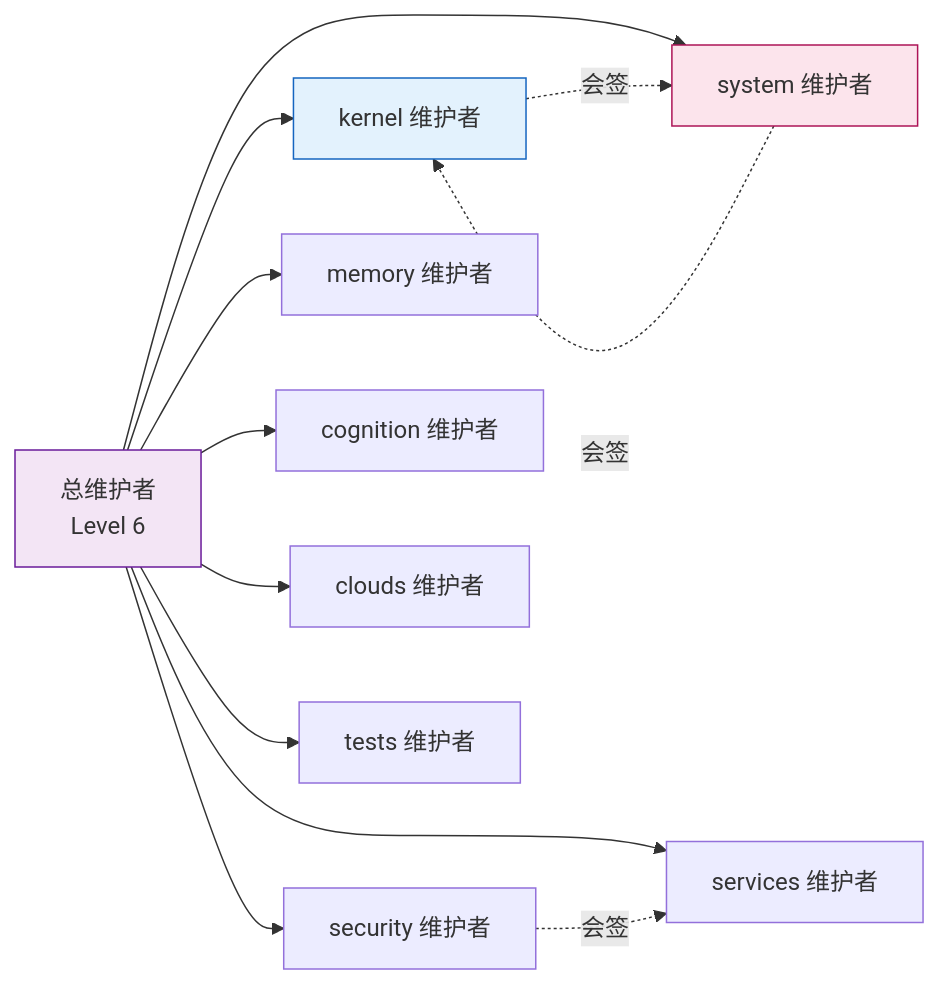
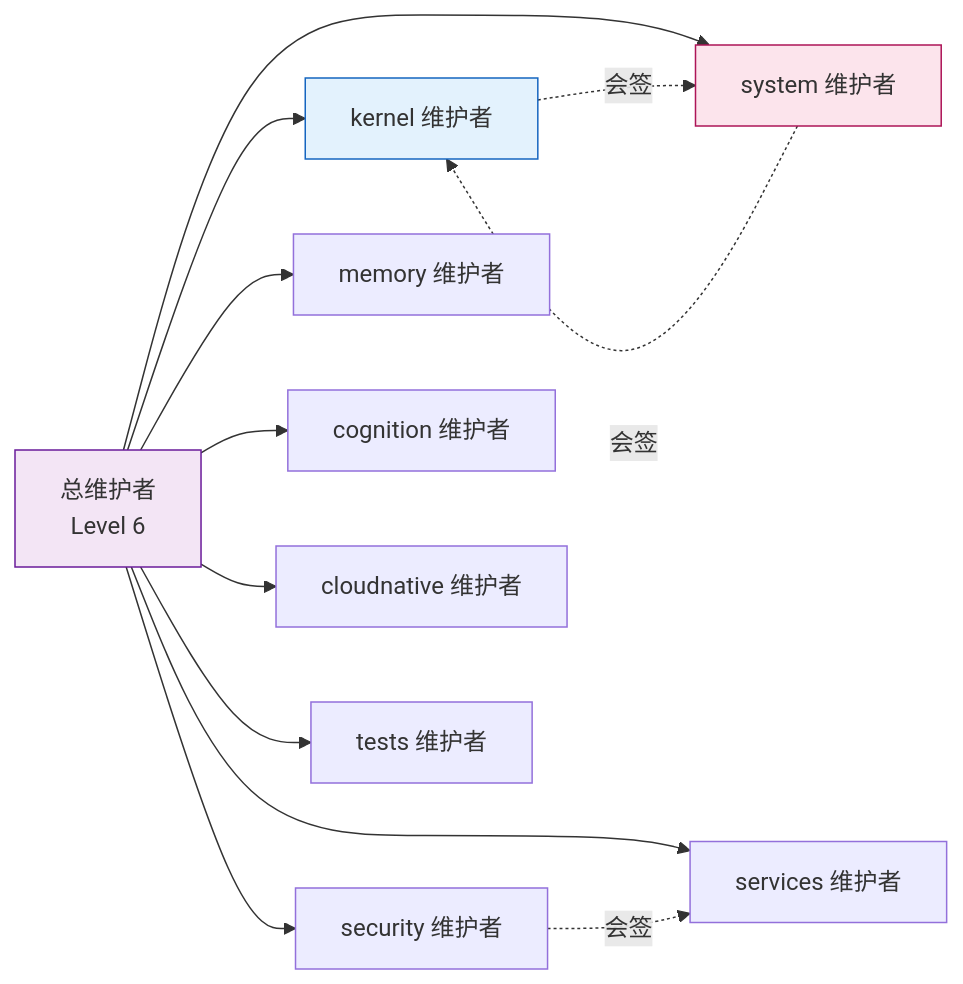
One commit to openairymax/docs changed the second of 3 diagrams in AirymaxOS/120-development-process/02-maintainer-hierarchy.md. Above: the diagram before and after it, drawn with Mermaid. The commit also changed other lines of this file and 75 other files, not shown here.

````diff
--- a/AirymaxOS/120-development-process/02-maintainer-hierarchy.md
+++ b/AirymaxOS/120-development-process/02-maintainer-hierarchy.md
@@ -169,29 +169,29 @@
 ```mermaid
 flowchart LR
     CM[总维护者<br/>Level 6]
     K[kernel 维护者]
     SY[system 维护者]
     SE[security 维护者]
     M[memory 维护者]
     S[services 维护者]
     CO[cognition 维护者]
-    CL[clouds 维护者]
+    CL[cloudnative 维护者]
     T[tests 维护者]
 
     CM --> K
     CM --> SY
     CM --> SE
     CM --> M
     CM --> S
     CM --> CO
     CM --> CL
     CM --> T
 
     SY -.会签.-> K
     K -.会签.-> SY
     SE -.会签.-> S
 
     style CM fill:#f3e5f5,stroke:#6a1b9a
     style K fill:#e3f2fd,stroke:#1565c0
     style SY fill:#fce4ec,stroke:#ad1457
 ```
````
